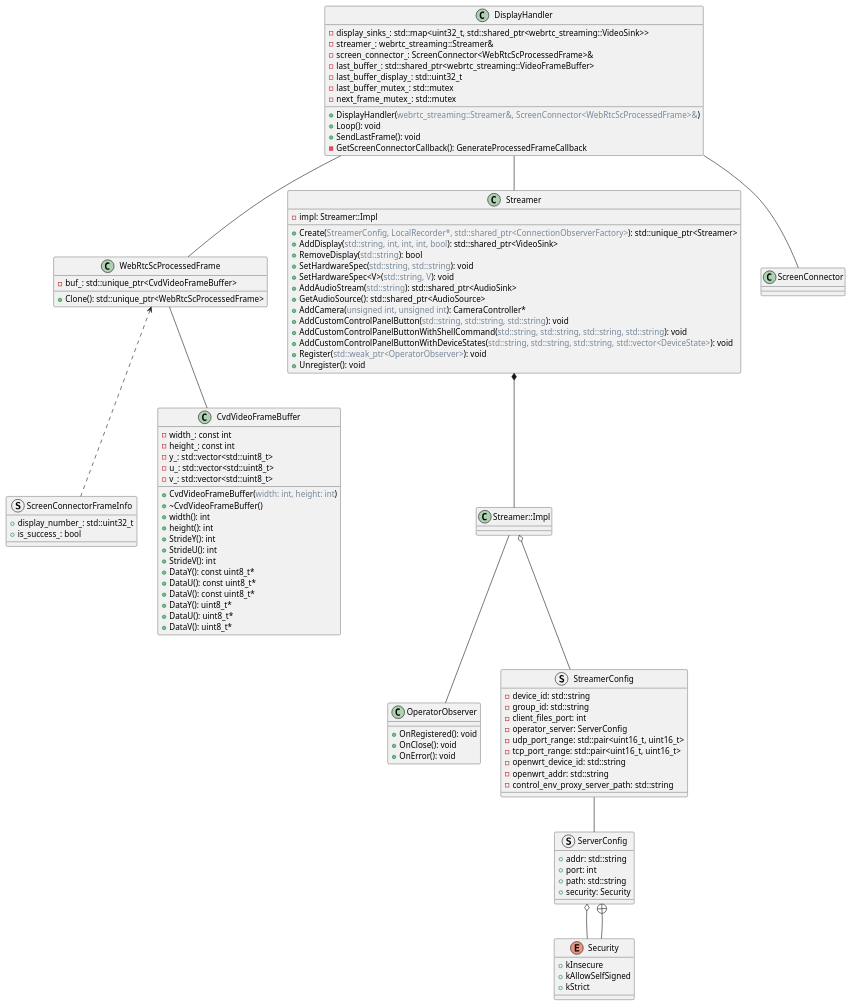
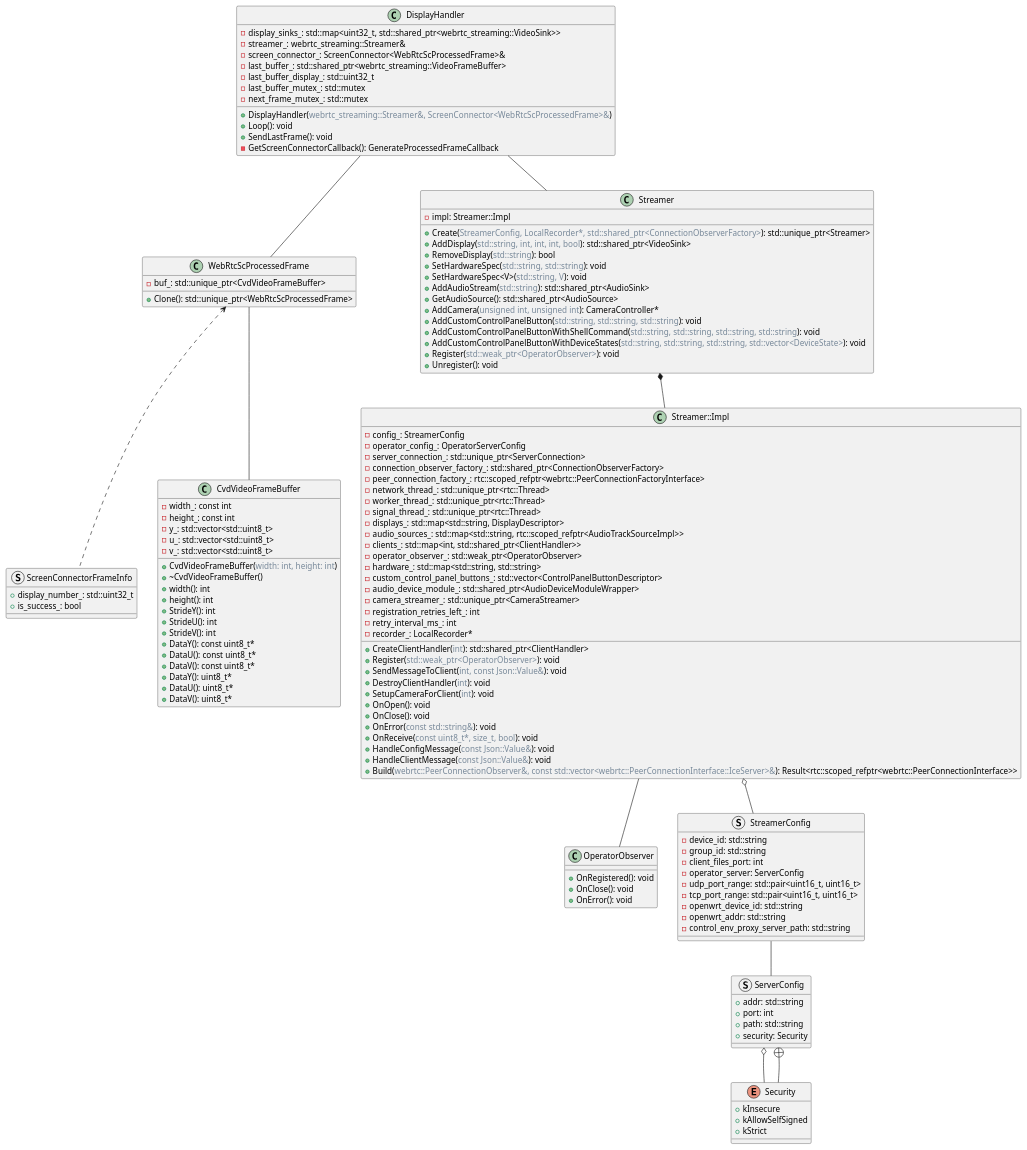
One commit to dmitvitalii/cf_diagrams changed the diagram in streaming_diagram.puml. Above: the diagram before and after it, drawn with PlantUML.

Commit message:
Remove extra DisplayHandler -- ScreenConnector relation

```diff
--- a/streaming_diagram.puml
+++ b/streaming_diagram.puml
@@ -1,153 +1,152 @@
 @startuml
 
 class WebRtcScProcessedFrame {
   - buf_: std::unique_ptr<CvdVideoFrameBuffer>
   + Clone(): std::unique_ptr<WebRtcScProcessedFrame>
 }
 
 class DisplayHandler {
   - display_sinks_: std::map<uint32_t, std::shared_ptr<webrtc_streaming::VideoSink>>
   - streamer_: webrtc_streaming::Streamer&
   - screen_connector_: ScreenConnector<WebRtcScProcessedFrame>&
   - last_buffer_: std::shared_ptr<webrtc_streaming::VideoFrameBuffer>
   - last_buffer_display_: std::uint32_t
   - last_buffer_mutex_: std::mutex
   - next_frame_mutex_: std::mutex
   + DisplayHandler(<color:LightSlateGray>webrtc_streaming::Streamer&, ScreenConnector<WebRtcScProcessedFrame>&</color>)
   + Loop(): void
   + SendLastFrame(): void
   - GetScreenConnectorCallback(): GenerateProcessedFrameCallback
 }
 
 struct ScreenConnectorFrameInfo {
   + display_number_: std::uint32_t
   + is_success_: bool
 }
 
 class OperatorObserver {
   +OnRegistered(): void
   +OnClose(): void
   +OnError(): void
 }
 
 struct StreamerConfig {
   - device_id: std::string
   - group_id: std::string
   - client_files_port: int
   - operator_server: ServerConfig
   - udp_port_range: std::pair<uint16_t, uint16_t>
   - tcp_port_range: std::pair<uint16_t, uint16_t>
   - openwrt_device_id: std::string
   - openwrt_addr: std::string
   - control_env_proxy_server_path: std::string
 }
 
 class Streamer {
   +Create(<color:LightSlateGray>StreamerConfig, LocalRecorder*, std::shared_ptr<ConnectionObserverFactory></color>): std::unique_ptr<Streamer>
   +AddDisplay(<color:LightSlateGray>std::string, int, int, int, bool</color>): std::shared_ptr<VideoSink>
   +RemoveDisplay(<color:LightSlateGray>std::string</color>): bool
   +SetHardwareSpec(<color:LightSlateGray>std::string, std::string</color>): void
   +SetHardwareSpec<V>(<color:LightSlateGray>std::string, V</color>): void
   +AddAudioStream(<color:LightSlateGray>std::string</color>): std::shared_ptr<AudioSink>
   +GetAudioSource(): std::shared_ptr<AudioSource>
   +AddCamera(<color:LightSlateGray>unsigned int, unsigned int</color>): CameraController*
   +AddCustomControlPanelButton(<color:LightSlateGray>std::string, std::string, std::string</color>): void
   +AddCustomControlPanelButtonWithShellCommand(<color:LightSlateGray>std::string, std::string, std::string, std::string</color>): void
   +AddCustomControlPanelButtonWithDeviceStates(<color:LightSlateGray>std::string, std::string, std::string, std::vector<DeviceState></color>): void
   +Register(<color:LightSlateGray>std::weak_ptr<OperatorObserver></color>): void
   +Unregister(): void
   -impl: Streamer::Impl
 }
 
 
 class Streamer::Impl {
-  ' +CreateClientHandler(<color:LightSlateGray>int</color>): std::shared_ptr<ClientHandler>
-  ' +Register(<color:LightSlateGray>std::weak_ptr<OperatorObserver></color>): void
-  ' +SendMessageToClient(<color:LightSlateGray>int, const Json::Value&</color>): void
-  ' +DestroyClientHandler(<color:LightSlateGray>int</color>): void
-  ' +SetupCameraForClient(<color:LightSlateGray>int</color>): void
-  ' +OnOpen(): void
-  ' +OnClose(): void
-  ' +OnError(<color:LightSlateGray>const std::string&</color>): void
-  ' +OnReceive(<color:LightSlateGray>const uint8_t*, size_t, bool</color>): void
-  ' +HandleConfigMessage(<color:LightSlateGray>const Json::Value&</color>): void
-  ' +HandleClientMessage(<color:LightSlateGray>const Json::Value&</color>): void
-  ' +Build(<color:LightSlateGray>webrtc::PeerConnectionObserver&, const std::vector<webrtc::PeerConnectionInterface::IceServer>&</color>): Result<rtc::scoped_refptr<webrtc::PeerConnectionInterface>>
-  ' - config_: StreamerConfig
-  ' - operator_config_: OperatorServerConfig
-  ' - server_connection_: std::unique_ptr<ServerConnection>
-  ' - connection_observer_factory_: std::shared_ptr<ConnectionObserverFactory>
-  ' - peer_connection_factory_: rtc::scoped_refptr<webrtc::PeerConnectionFactoryInterface>
-  ' - network_thread_: std::unique_ptr<rtc::Thread>
-  ' - worker_thread_: std::unique_ptr<rtc::Thread>
-  ' - signal_thread_: std::unique_ptr<rtc::Thread>
-  ' - displays_: std::map<std::string, DisplayDescriptor>
-  ' - audio_sources_: std::map<std::string, rtc::scoped_refptr<AudioTrackSourceImpl>>
-  ' - clients_: std::map<int, std::shared_ptr<ClientHandler>>
-  ' - operator_observer_: std::weak_ptr<OperatorObserver>
-  ' - hardware_: std::map<std::string, std::string>
-  ' - custom_control_panel_buttons_: std::vector<ControlPanelButtonDescriptor>
-  ' - audio_device_module_: std::shared_ptr<AudioDeviceModuleWrapper>
-  ' - camera_streamer_: std::unique_ptr<CameraStreamer>
-  ' - registration_retries_left_: int
-  ' - retry_interval_ms_: int
-  ' - recorder_: LocalRecorder*
+  +CreateClientHandler(<color:LightSlateGray>int</color>): std::shared_ptr<ClientHandler>
+  +Register(<color:LightSlateGray>std::weak_ptr<OperatorObserver></color>): void
+  +SendMessageToClient(<color:LightSlateGray>int, const Json::Value&</color>): void
+  +DestroyClientHandler(<color:LightSlateGray>int</color>): void
+  +SetupCameraForClient(<color:LightSlateGray>int</color>): void
+  +OnOpen(): void
+  +OnClose(): void
+  +OnError(<color:LightSlateGray>const std::string&</color>): void
+  +OnReceive(<color:LightSlateGray>const uint8_t*, size_t, bool</color>): void
+  +HandleConfigMessage(<color:LightSlateGray>const Json::Value&</color>): void
+  +HandleClientMessage(<color:LightSlateGray>const Json::Value&</color>): void
+  +Build(<color:LightSlateGray>webrtc::PeerConnectionObserver&, const std::vector<webrtc::PeerConnectionInterface::IceServer>&</color>): Result<rtc::scoped_refptr<webrtc::PeerConnectionInterface>>
+  - config_: StreamerConfig
+  - operator_config_: OperatorServerConfig
+  - server_connection_: std::unique_ptr<ServerConnection>
+  - connection_observer_factory_: std::shared_ptr<ConnectionObserverFactory>
+  - peer_connection_factory_: rtc::scoped_refptr<webrtc::PeerConnectionFactoryInterface>
+  - network_thread_: std::unique_ptr<rtc::Thread>
+  - worker_thread_: std::unique_ptr<rtc::Thread>
+  - signal_thread_: std::unique_ptr<rtc::Thread>
+  - displays_: std::map<std::string, DisplayDescriptor>
+  - audio_sources_: std::map<std::string, rtc::scoped_refptr<AudioTrackSourceImpl>>
+  - clients_: std::map<int, std::shared_ptr<ClientHandler>>
+  - operator_observer_: std::weak_ptr<OperatorObserver>
+  - hardware_: std::map<std::string, std::string>
+  - custom_control_panel_buttons_: std::vector<ControlPanelButtonDescriptor>
+  - audio_device_module_: std::shared_ptr<AudioDeviceModuleWrapper>
+  - camera_streamer_: std::unique_ptr<CameraStreamer>
+  - registration_retries_left_: int
+  - retry_interval_ms_: int
+  - recorder_: LocalRecorder*
 }
 
 
 class CvdVideoFrameBuffer {
   +CvdVideoFrameBuffer(<color:LightSlateGray>width: int, height: int</color>)
   +~CvdVideoFrameBuffer()
   +width(): int
   +height(): int
   +StrideY(): int
   +StrideU(): int
   +StrideV(): int
   +DataY(): const uint8_t*
   +DataU(): const uint8_t*
   +DataV(): const uint8_t*
   +DataY(): uint8_t*
   +DataU(): uint8_t*
   +DataV(): uint8_t*
 
   - width_: const int
   - height_: const int
   - y_: std::vector<std::uint8_t>
   - u_: std::vector<std::uint8_t>
   - v_: std::vector<std::uint8_t>
 }
 
 struct ServerConfig {
   +addr: std::string
   +port: int
   +path: std::string
   +security: Security
 }
 
 enum Security {
   +kInsecure
   +kAllowSelfSigned
   +kStrict
 }
 
 ServerConfig o-- Security
 ServerConfig +-- Security
 
 
 ' Relationships
 Streamer::Impl o-- StreamerConfig
 
 StreamerConfig -- ServerConfig
 
 Streamer::Impl -- OperatorObserver
 Streamer *-- Streamer::Impl
 
 WebRtcScProcessedFrame <.. ScreenConnectorFrameInfo
 
 WebRtcScProcessedFrame -- CvdVideoFrameBuffer
 
 DisplayHandler -- Streamer
-DisplayHandler -- ScreenConnector
 DisplayHandler -- WebRtcScProcessedFrame
 
 @enduml
```
